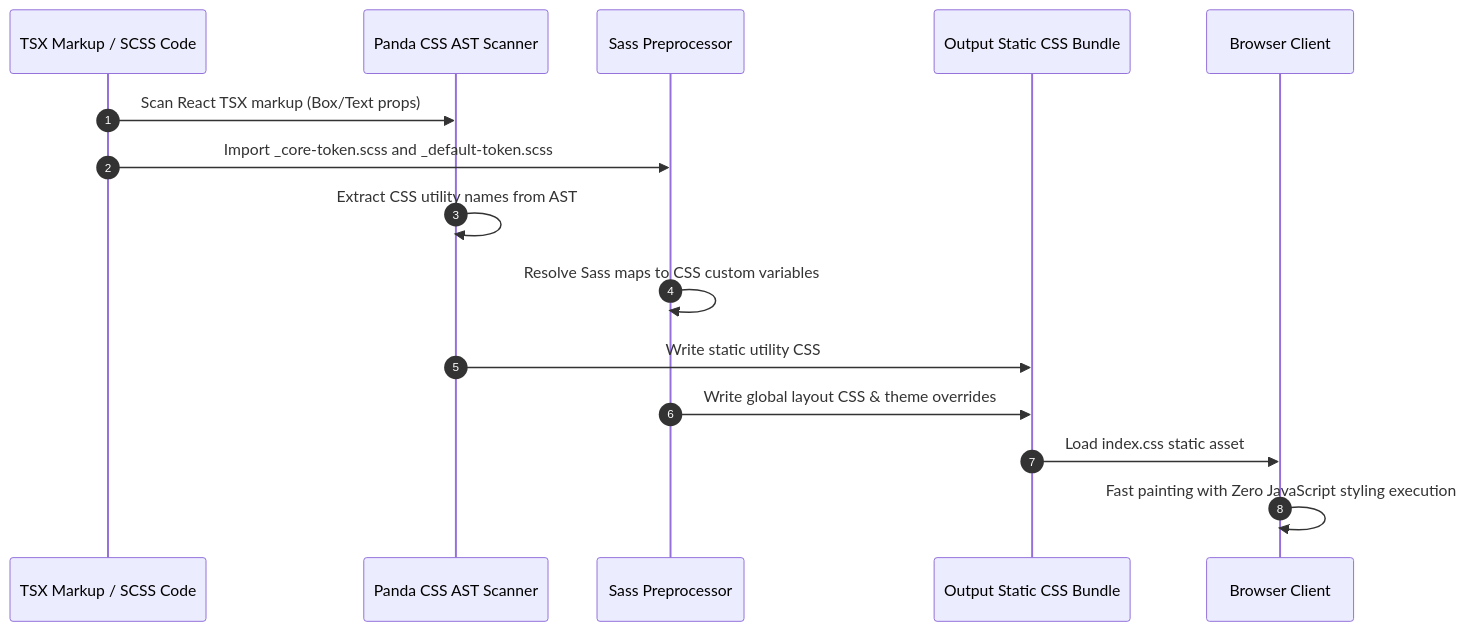
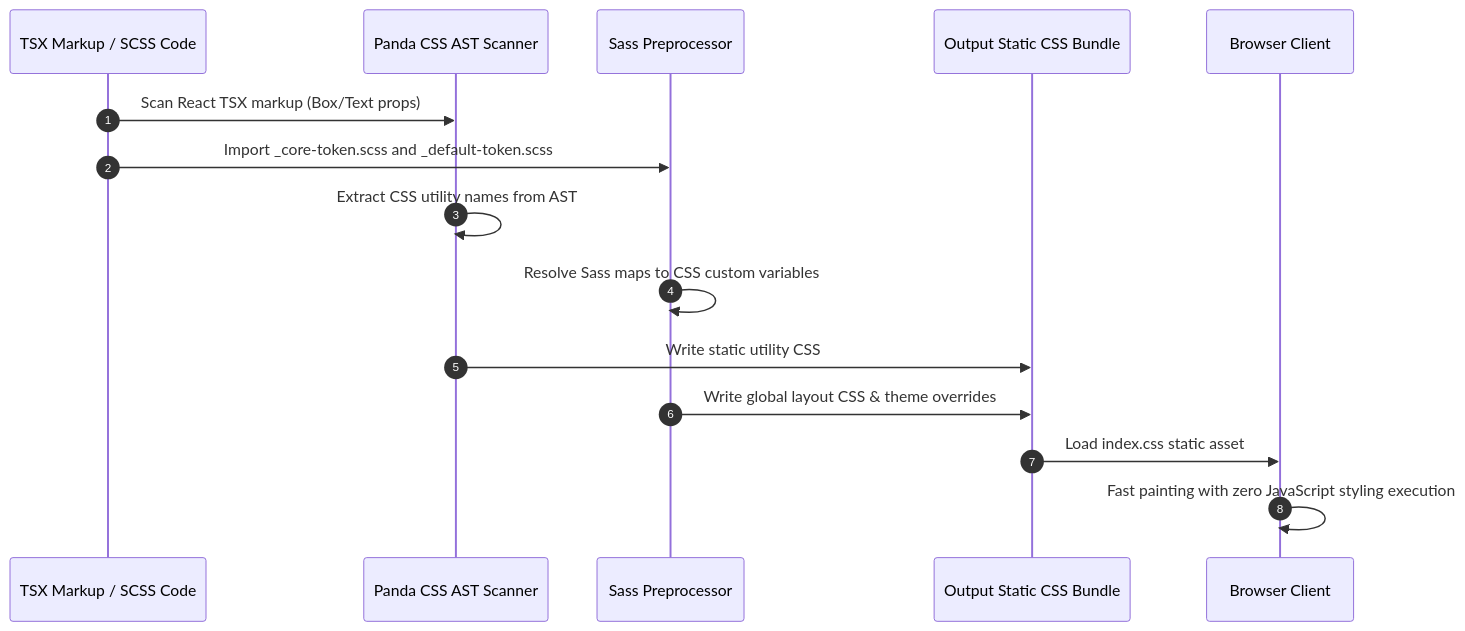
The second of 6 diagrams in 04-application/scnehaux-ui-platform/scnehaux-ui-platform.sad.md (anshacerbia2/scnehaux-architecture), drawn with Mermaid before and after one commit. The commit also changed other lines of this file and 63 other files, not shown here.

````diff
--- a/04-application/scnehaux-ui-platform/scnehaux-ui-platform.sad.md
+++ b/04-application/scnehaux-ui-platform/scnehaux-ui-platform.sad.md
@@ -112,18 +101,18 @@
 ```mermaid
 sequenceDiagram
     autonumber
     participant Developer as TSX Markup / SCSS Code
     participant Scanner as Panda CSS AST Scanner
     participant Preprocessor as Sass Preprocessor
     participant Bundle as Output Static CSS Bundle
     participant Browser as Browser Client
-    
+
     Developer->>Scanner: Scan React TSX markup (Box/Text props)
     Developer->>Preprocessor: Import _core-token.scss and _default-token.scss
     Scanner->>Scanner: Extract CSS utility names from AST
     Preprocessor->>Preprocessor: Resolve Sass maps to CSS custom variables
     Scanner->>Bundle: Write static utility CSS
     Preprocessor->>Bundle: Write global layout CSS & theme overrides
     Bundle->>Browser: Load index.css static asset
-    Browser->>Browser: Fast painting with Zero JavaScript styling execution
+    Browser->>Browser: Fast painting with zero JavaScript styling execution
 ```
````
